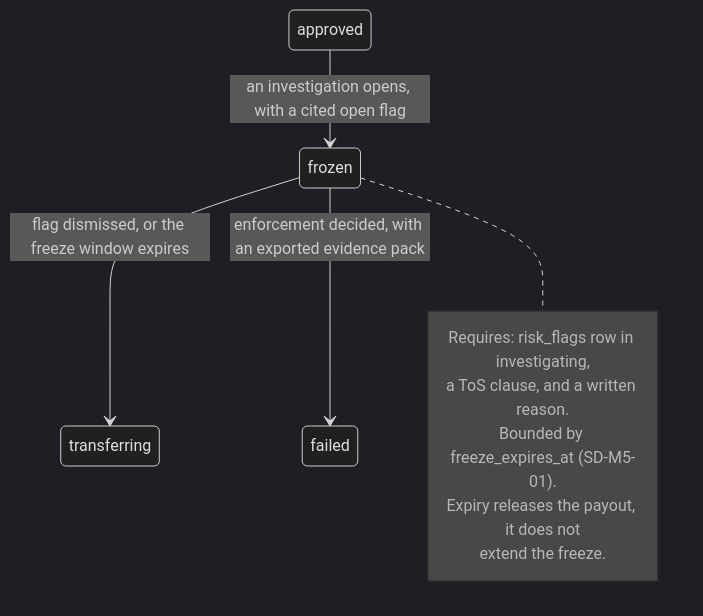
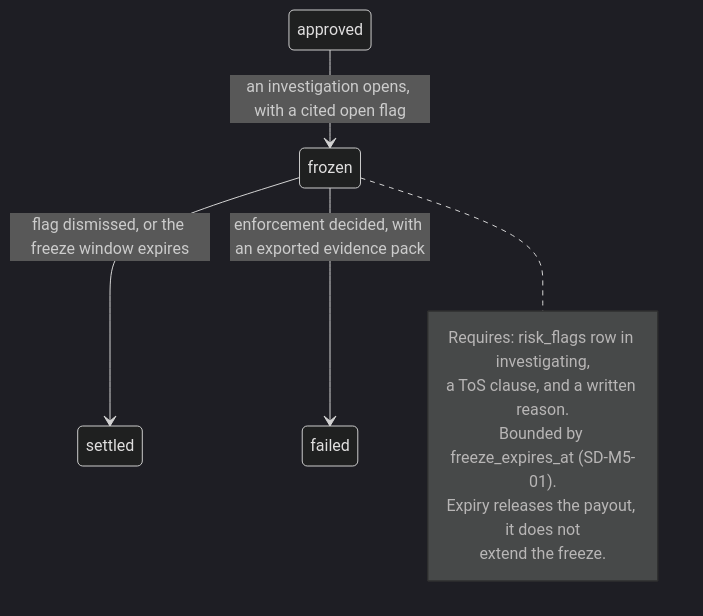
The diagram in docs/plans/M05-payout-system.md (lam2-coder/meritfutures), drawn with Mermaid (dark theme) before and after one commit. The commit also changed other lines of this file and 8 other files, not shown here.

````diff
--- a/docs/plans/M05-payout-system.md
+++ b/docs/plans/M05-payout-system.md
@@ -161,13 +165,13 @@
 ```mermaid
 stateDiagram-v2
     approved --> frozen: an investigation opens, with a cited open flag
-    frozen --> transferring: flag dismissed, or the freeze window expires
+    frozen --> settled: flag dismissed, or the freeze window expires
     frozen --> failed: enforcement decided, with an exported evidence pack
     note right of frozen
       Requires: risk_flags row in investigating,
       a ToS clause, and a written reason.
       Bounded by freeze_expires_at (SD-M5-01).
       Expiry releases the payout, it does not
       extend the freeze.
     end note
 ```
````
